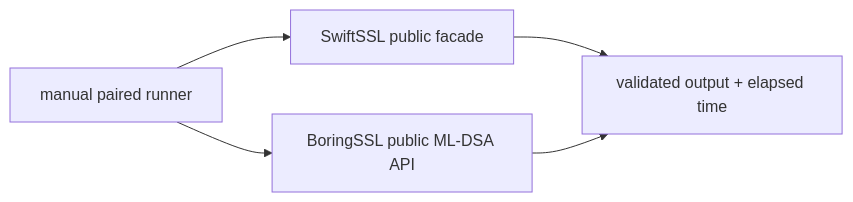
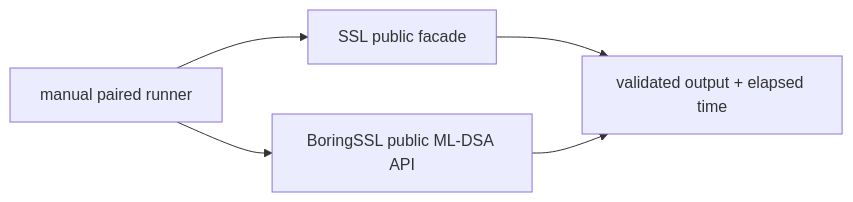
The first of 2 diagrams in Benchmarks/MLDSA/README.md (1amageek/swift-ssl), drawn with Mermaid before and after one commit. The commit also changed other lines of this file and 1106 other files, not shown here.

Commit message:
Rename SwiftSSL modules to SSL

````diff
--- a/Benchmarks/MLDSA/README.md
+++ b/Benchmarks/MLDSA/README.md
@@ -12,7 +12,7 @@
 ```mermaid
 flowchart LR
-    Runner["manual paired runner"] --> Swift["SwiftSSL public facade"]
+    Runner["manual paired runner"] --> Swift["SSL public facade"]
     Runner --> BoringSSL["BoringSSL public ML-DSA API"]
     Swift --> Evidence["validated output + elapsed time"]
     BoringSSL --> Evidence
 ```
````
